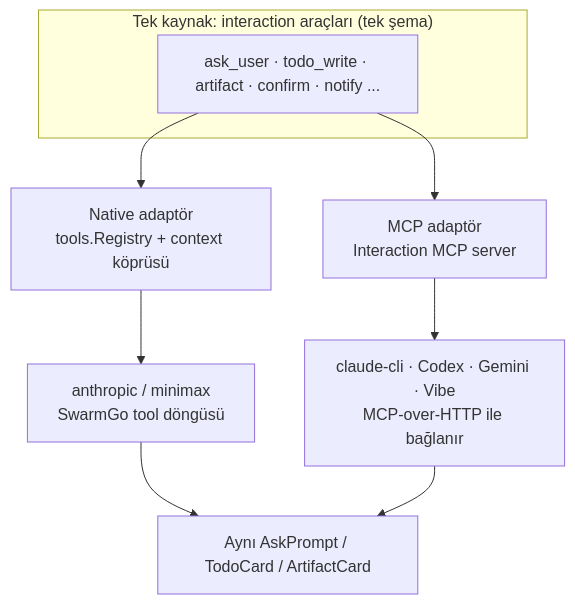
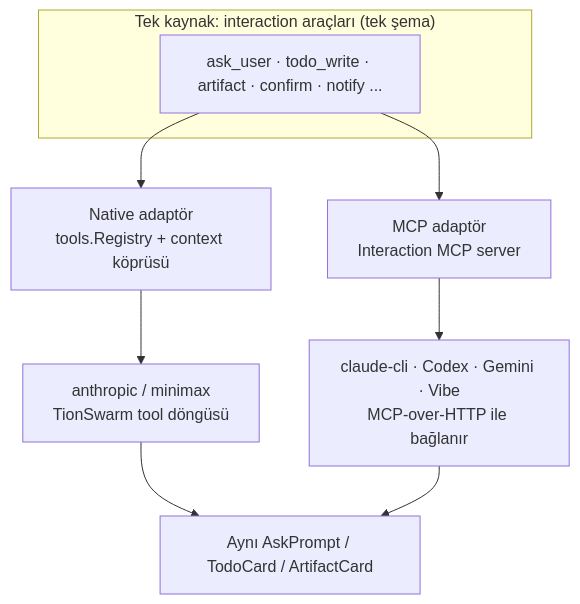
Before and after one commit to bilal-arikan/tionharness: the first of 2 diagrams in _Docs/11-INTERACTION-MCP.md, drawn with Mermaid. The commit also changed other lines of this file and 433 other files, not shown here.

First line of the commit message:
refactor: rename SwarmGo -> TionSwarm across code, docs, skills

````diff
--- a/_Docs/11-INTERACTION-MCP.md
+++ b/_Docs/11-INTERACTION-MCP.md
@@ -47,12 +47,12 @@
 ```mermaid
 graph TD
     subgraph Tanim["Tek kaynak: interaction araçları (tek şema)"]
         T[ask_user · todo_write · artifact · confirm · notify ...]
     end
     T --> N[Native adaptör<br/>tools.Registry + context köprüsü]
     T --> M[MCP adaptör<br/>Interaction MCP server]
-    N --> NP[anthropic / minimax<br/>SwarmGo tool döngüsü]
+    N --> NP[anthropic / minimax<br/>TionSwarm tool döngüsü]
     M --> CP[claude-cli · Codex · Gemini · Vibe<br/>MCP-over-HTTP ile bağlanır]
     NP --> UI[Aynı AskPrompt / TodoCard / ArtifactCard]
     CP --> UI
 ```
````
